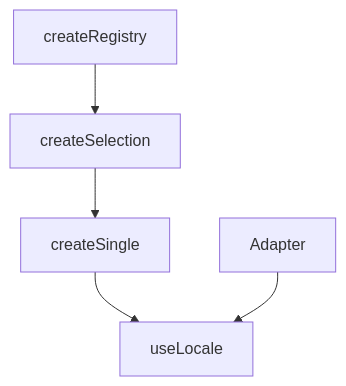
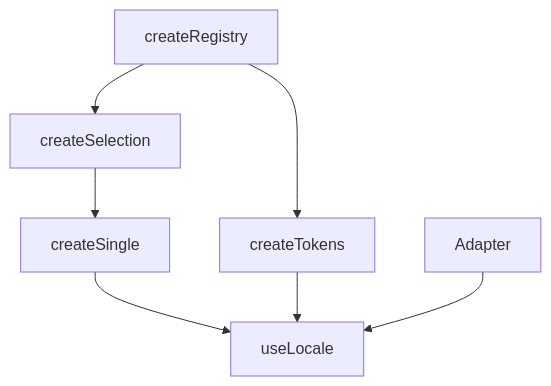
The first of 2 diagrams in apps/docs/src/pages/composables/plugins/use-locale.md (vuetifyjs/0), drawn with Mermaid before and after one commit. The commit also changed other lines of this file, not shown here.

Commit message:
docs: add adapter documentation to useLocale page

````diff
--- a/apps/docs/src/pages/composables/plugins/use-locale.md
+++ b/apps/docs/src/pages/composables/plugins/use-locale.md
@@ -84,7 +84,9 @@
 ```mermaid "Locale Hierarchy"
 flowchart TD
   createRegistry --> createSelection
+  createRegistry --> createTokens
   createSelection --> createSingle
   createSingle --> useLocale
+  createTokens --> useLocale
   Adapter --> useLocale
 ```
````
